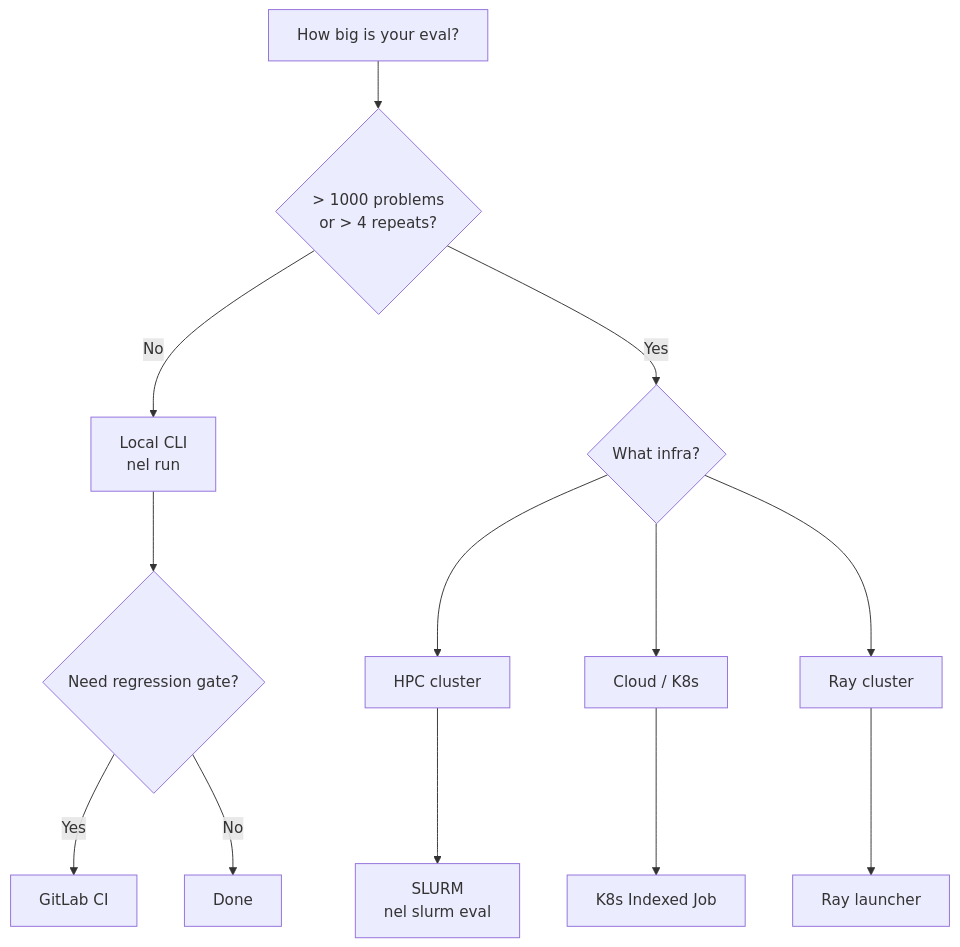
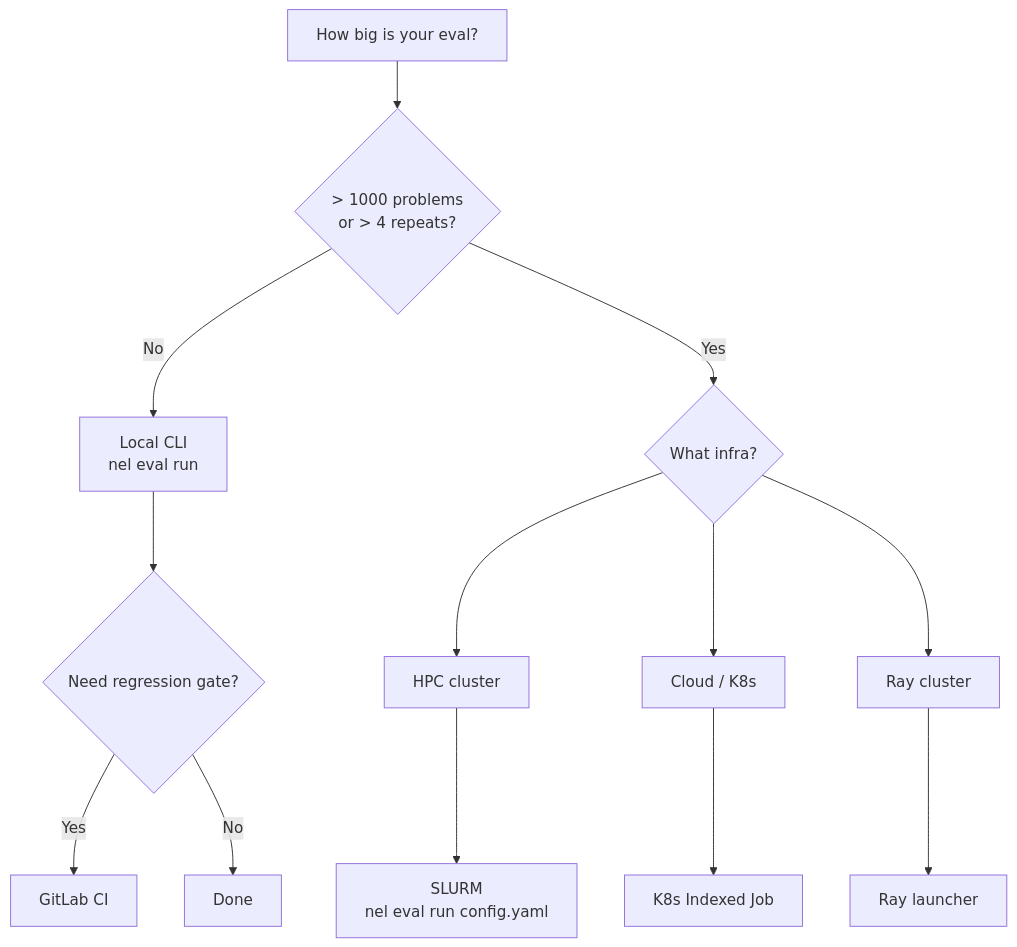
The diagram in docs/deployment/index.md (NVIDIA-NeMo/Evaluator), drawn with Mermaid before and after one commit. The commit also changed other lines of this file and 84 other files, not shown here.

````diff
--- a/docs/deployment/index.md
+++ b/docs/deployment/index.md
@@ -27,18 +27,18 @@
 ```{mermaid}
 flowchart TD
     START["How big is your eval?"] --> SIZE{"> 1000 problems<br/>or > 4 repeats?"}
-    SIZE -->|No| LOCAL["Local CLI<br/>nel run"]
+    SIZE -->|No| LOCAL["Local CLI<br/>nel eval run"]
     SIZE -->|Yes| INFRA{"What infra?"}
 
     INFRA --> HPC["HPC cluster"]
     INFRA --> CLOUD["Cloud / K8s"]
     INFRA --> RAYC["Ray cluster"]
 
-    HPC --> SLURM["SLURM<br/>nel slurm eval"]
+    HPC --> SLURM["SLURM<br/>nel eval run config.yaml"]
     CLOUD --> K8S["K8s Indexed Job"]
     RAYC --> RAY["Ray launcher"]
 
     LOCAL --> CI{"Need regression gate?"}
     CI -->|Yes| GITLAB["GitLab CI"]
     CI -->|No| DONE["Done"]
 ```
````
